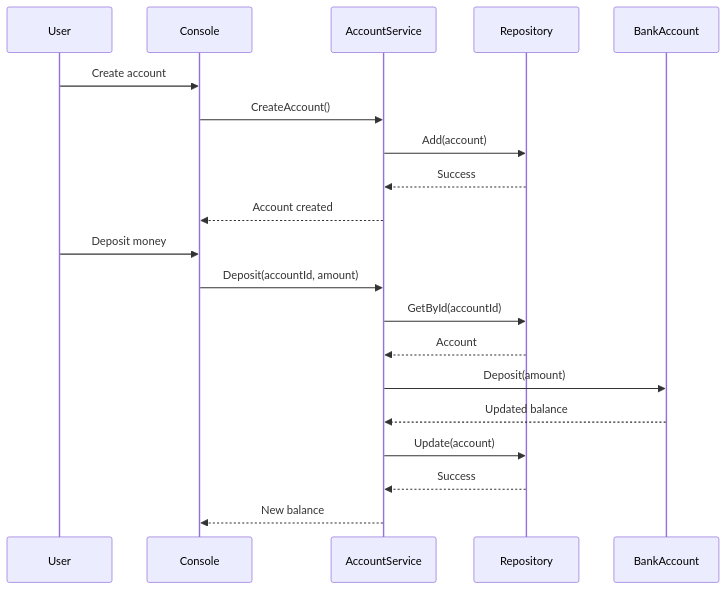
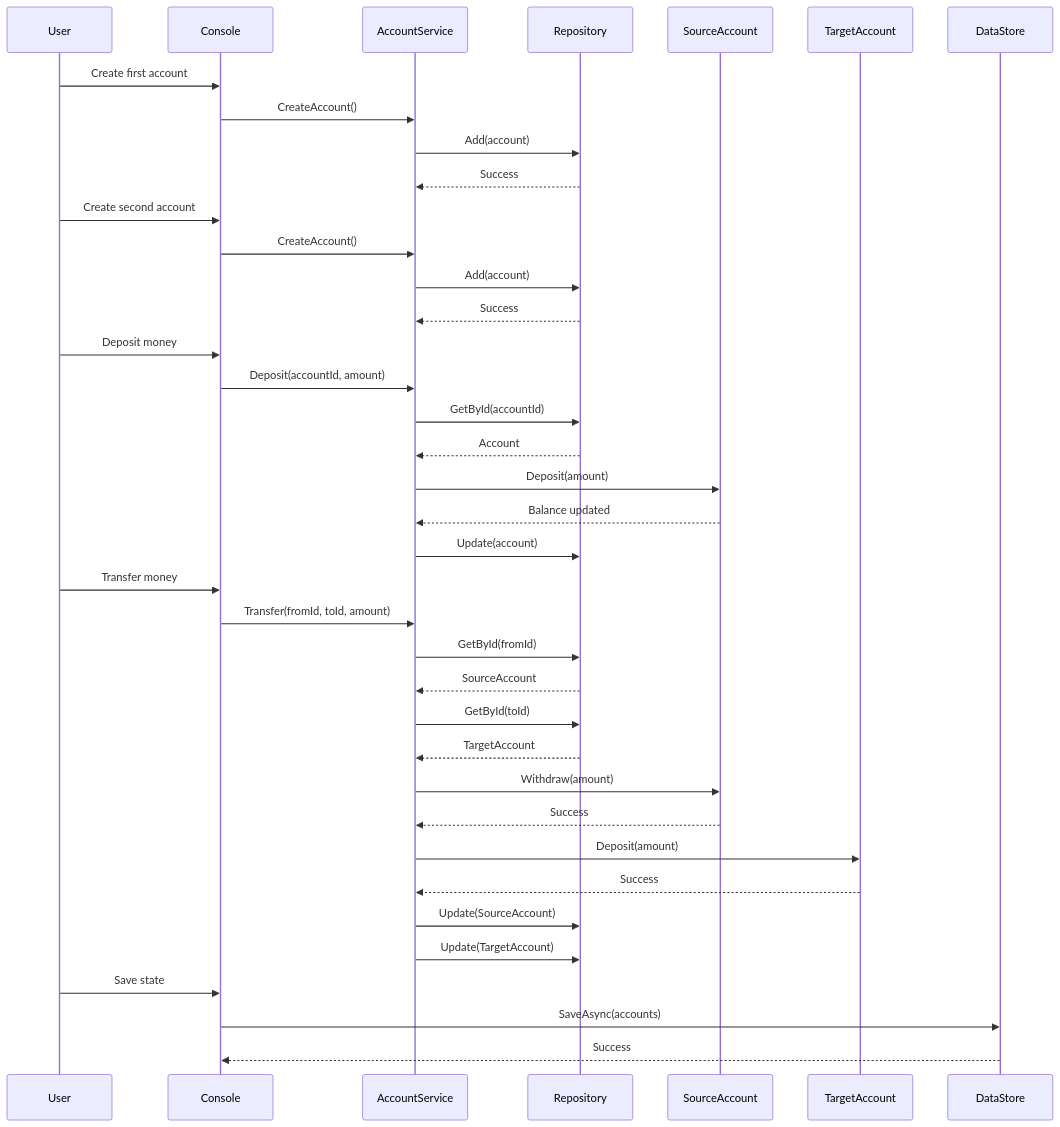
Before and after one commit to Hemikaru/BankingSystem: the diagram in docs/sequence-diagram.md, drawn with Mermaid. The commit also changed other lines of this file and 3 other files, not shown here.

````diff
--- a/docs/sequence-diagram.md
+++ b/docs/sequence-diagram.md
@@ -5,25 +5,57 @@
 ```mermaid
 sequenceDiagram
 
 participant User
 participant Console
 participant AccountService
 participant Repository
-participant BankAccount
+participant SourceAccount
+participant TargetAccount
+participant DataStore
 
-User->>Console: Create account
+User->>Console: Create first account
 Console->>AccountService: CreateAccount()
 AccountService->>Repository: Add(account)
 Repository-->>AccountService: Success
-AccountService-->>Console: Account created
+
+User->>Console: Create second account
+Console->>AccountService: CreateAccount()
+AccountService->>Repository: Add(account)
+Repository-->>AccountService: Success
 
 User->>Console: Deposit money
 Console->>AccountService: Deposit(accountId, amount)
+
 AccountService->>Repository: GetById(accountId)
 Repository-->>AccountService: Account
-AccountService->>BankAccount: Deposit(amount)
-BankAccount-->>AccountService: Updated balance
+
+AccountService->>SourceAccount: Deposit(amount)
+SourceAccount-->>AccountService: Balance updated
+
 AccountService->>Repository: Update(account)
-Repository-->>AccountService: Success
-AccountService-->>Console: New balance
+
+User->>Console: Transfer money
+
+Console->>AccountService: Transfer(fromId, toId, amount)
+
+AccountService->>Repository: GetById(fromId)
+Repository-->>AccountService: SourceAccount
+
+AccountService->>Repository: GetById(toId)
+Repository-->>AccountService: TargetAccount
+
+AccountService->>SourceAccount: Withdraw(amount)
+SourceAccount-->>AccountService: Success
+
+AccountService->>TargetAccount: Deposit(amount)
+TargetAccount-->>AccountService: Success
+
+AccountService->>Repository: Update(SourceAccount)
+AccountService->>Repository: Update(TargetAccount)
+
+User->>Console: Save state
+
+Console->>DataStore: SaveAsync(accounts)
+
+DataStore-->>Console: Success
 ```
````
